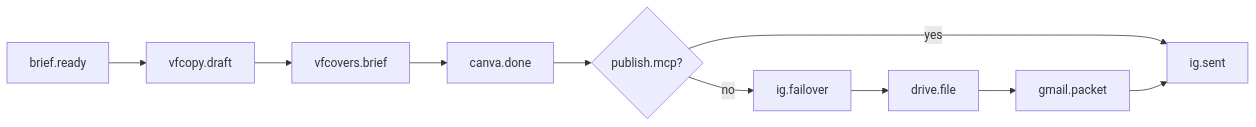
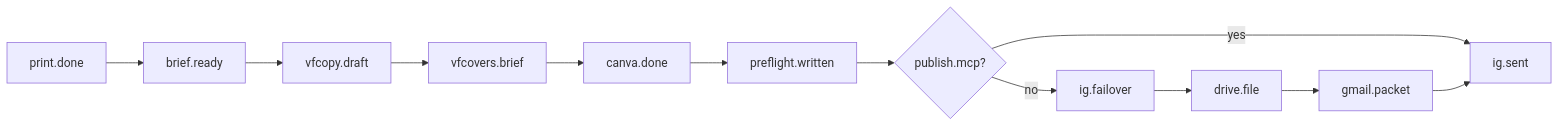
Before and after one commit to nocturney/velvetos-core: the diagram in packages/vfe2b/scenarios/content-live.md, drawn with Mermaid. The commit also changed other lines of this file and 46 other files, not shown here.

````diff
--- a/packages/vfe2b/scenarios/content-live.md
+++ b/packages/vfe2b/scenarios/content-live.md
@@ -8,12 +8,14 @@
 ```mermaid
 flowchart LR
-  A[brief.ready] --> B[vfcopy.draft]
+  P[print.done] --> A[brief.ready]
+  A --> B[vfcopy.draft]
   B --> C[vfcovers.brief]
   C --> D[canva.done]
-  D --> E{publish.mcp?}
+  D --> PF[preflight.written]
+  PF --> E{publish.mcp?}
   E -->|yes| F[ig.sent]
   E -->|no| G[ig.failover]
   G --> H[drive.file]
   H --> I[gmail.packet]
   I --> F
 ```
````
